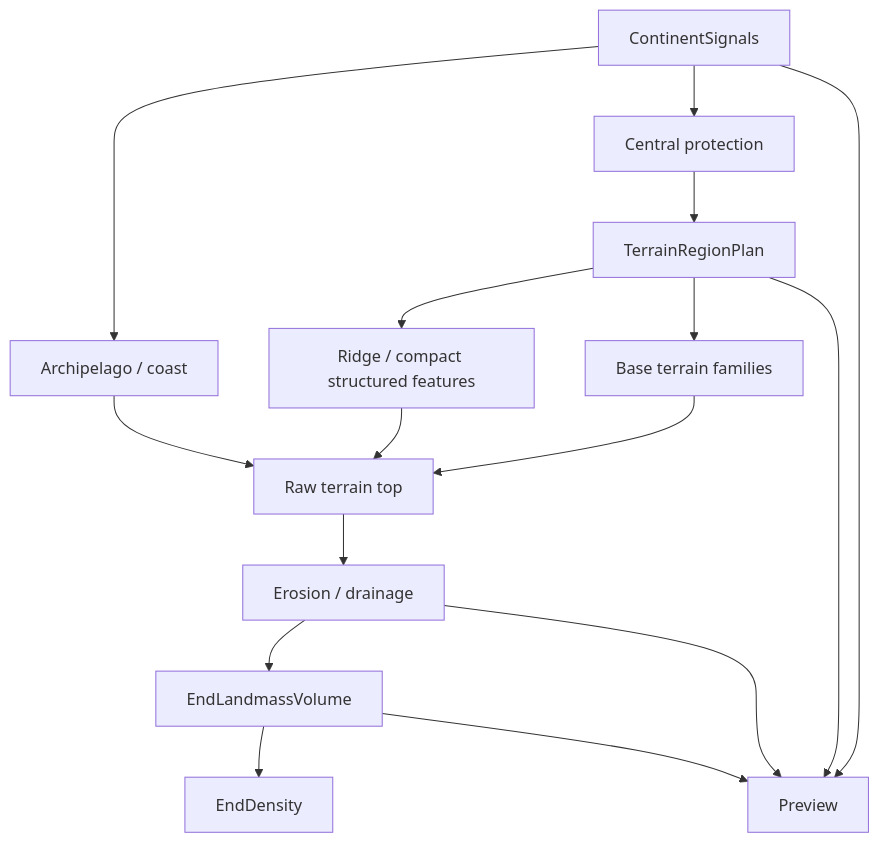
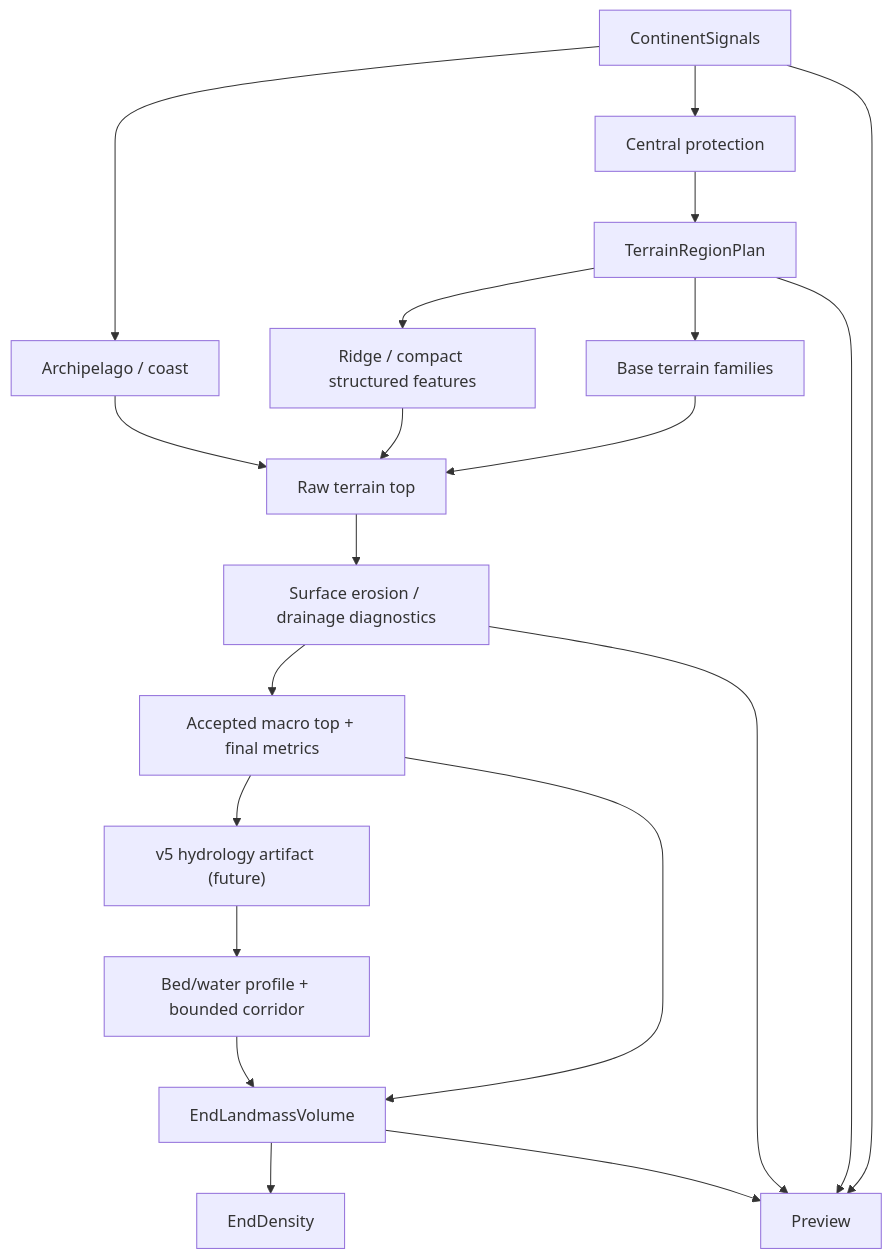
One commit to Knowledge-book-QwQ/EndTerraForged changed the third of 3 diagrams in docs/ARCHITECTURE.md. Above: the diagram before and after it, drawn with Mermaid. The commit also changed other lines of this file and 7 other files, not shown here.

First line of the commit message:
docs: replan terrain and hydrology roadmap

````diff
--- a/docs/ARCHITECTURE.md
+++ b/docs/ARCHITECTURE.md
@@ -139,18 +139,22 @@
 ```mermaid
 flowchart TD
     C["ContinentSignals"] --> P["Central protection"]
     P --> R["TerrainRegionPlan"]
     R --> F["Base terrain families"]
     R --> S["Ridge / compact structured features"]
     F --> H["Raw terrain top"]
     S --> H
     C --> U["Archipelago / coast"]
     U --> H
-    H --> E["Erosion / drainage"]
-    E --> V["EndLandmassVolume"]
+    H --> E["Surface erosion / drainage diagnostics"]
+    E --> M["Accepted macro top + final metrics"]
+    M --> V["EndLandmassVolume"]
+    M --> Y["v5 hydrology artifact (future)"]
+    Y --> K["Bed/water profile + bounded corridor"]
+    K --> V
     V --> D["EndDensity"]
     C --> W["Preview"]
     R --> W
     E --> W
     V --> W
 ```
````
